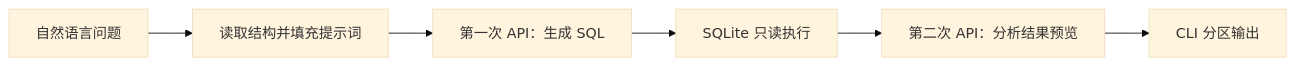
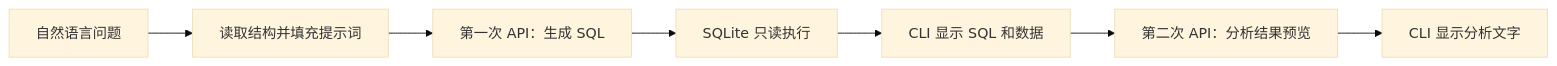
One commit to Lx6uo/agentic-text2sql-cpp changed the diagram in docs/project-report.md. Above: the diagram before and after it, drawn with Mermaid (base theme). The commit also changed other lines of this file and 14 other files, not shown here.

````diff
--- a/docs/project-report.md
+++ b/docs/project-report.md
@@ -76,8 +76,9 @@
 ```mermaid
 flowchart LR
     A[自然语言问题] --> B[读取结构并填充提示词]
     B --> C[第一次 API：生成 SQL]
     C --> D[SQLite 只读执行]
-    D --> E[第二次 API：分析结果预览]
-    E --> F[CLI 分区输出]
+    D --> E[CLI 显示 SQL 和数据]
+    E --> F[第二次 API：分析结果预览]
+    F --> G[CLI 显示分析文字]
 ```
````
